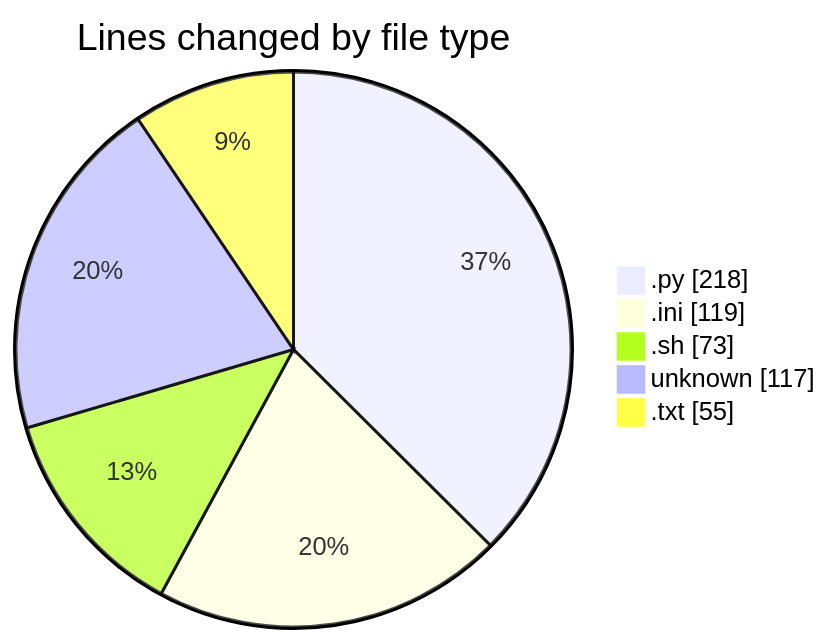
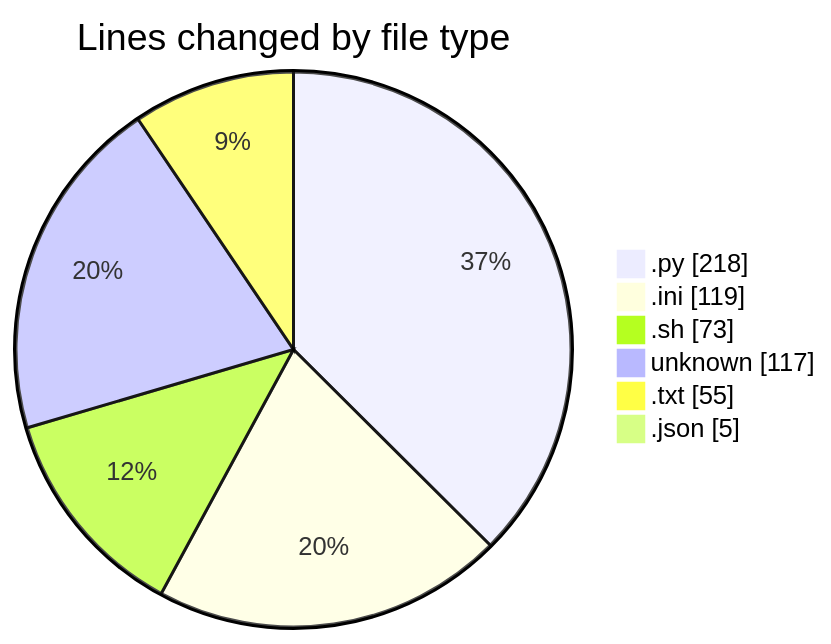
Before and after one commit to Elitesun/code-tracking: the first of 2 diagrams in 2025-05-12/niten/README.md, drawn with Mermaid. The commit also changed other lines of this file and 1 other file, not shown here.

````diff
--- a/2025-05-12/niten/README.md
+++ b/2025-05-12/niten/README.md
@@ -27,9 +28,10 @@
 ```mermaid
 pie showData
 title Lines changed by file type
 ".py" : 218
 ".ini" : 119
 ".sh" : 73
 "unknown" : 117
 ".txt" : 55
+".json" : 5
 ```
````
